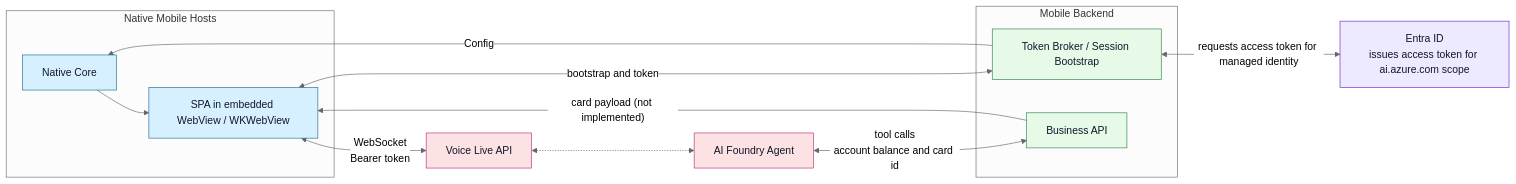
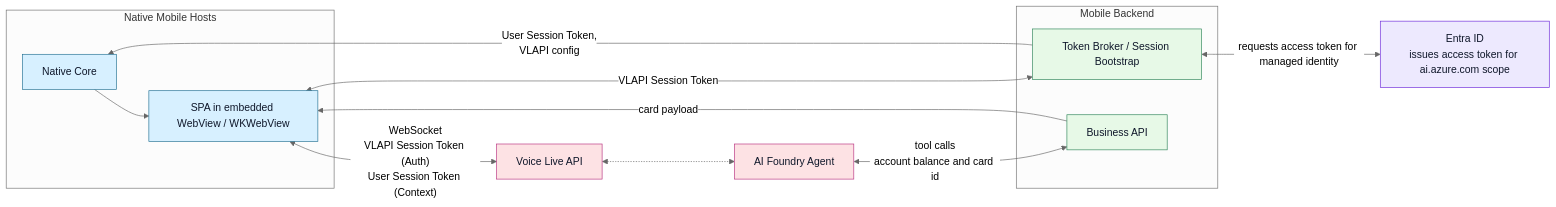
One commit to DerPate2010/voicelive-samples changed the diagram in voice-live-on-mobile/README.md. Above: the diagram before and after it, drawn with Mermaid (neutral theme).

````diff
--- a/voice-live-on-mobile/README.md
+++ b/voice-live-on-mobile/README.md
@@ -13,44 +13,44 @@
 ```mermaid
 flowchart LR
 	subgraph NativeHosts[Native Mobile Hosts]
 		AppCore[Native Core]
 		MobileWebViewHost[SPA in embedded WebView / WKWebView]
 	end
 
 	VLAPI[Voice Live API]
 	FoundryAgent[AI Foundry Agent]
 
 	subgraph MobileBackendHost[Mobile Backend]
 		TokenBroker[Token Broker / Session Bootstrap]
 		BusinessTools[Business API]
 	end
+	
+    EntraID[Entra ID<br>issues access token for ai.azure.com scope]
 
-	EntraID[Entra ID<br>issues access token for ai.azure.com scope]
-
-	MobileWebViewHost <-->|bootstrap and token| TokenBroker
+	MobileWebViewHost <-->|VLAPI Session Token| TokenBroker
 
 	TokenBroker <-->|requests access token for managed identity| EntraID
 
-	MobileWebViewHost <-->|"WebSocket<br>Bearer token"| VLAPI
+	MobileWebViewHost <-->|"WebSocket<br>VLAPI Session Token (Auth)<br>User Session Token (Context)"| VLAPI
 	VLAPI <-.-> FoundryAgent
 
 	FoundryAgent <-->|"tool calls<br>account balance and card id"| BusinessTools
 
-	BusinessTools -->|"card payload (not implemented)"| MobileWebViewHost
+	BusinessTools -->|"card payload"| MobileWebViewHost
 
-	TokenBroker -->|Config| AppCore
+	TokenBroker -->|User Session Token,<br>VLAPI config| AppCore
 	AppCore --> MobileWebViewHost
 
 	classDef host fill:#d7f0ff,stroke:#227093,color:#0f172a;
 	classDef web fill:#fff4cc,stroke:#a16207,color:#111827;
 	classDef api fill:#e7f9e7,stroke:#2f855a,color:#0f172a;
 	classDef ai fill:#fde2e4,stroke:#b83280,color:#0f172a;
 	classDef identity fill:#ede9fe,stroke:#6d28d9,color:#0f172a;
 
 	class MobileWebViewHost host;
 	class AppCore host;
 	class SPA web;
 	class TokenBroker,BusinessTools api;
 	class VLAPI,FoundryAgent ai;
 	class EntraID identity;
 ```
````
